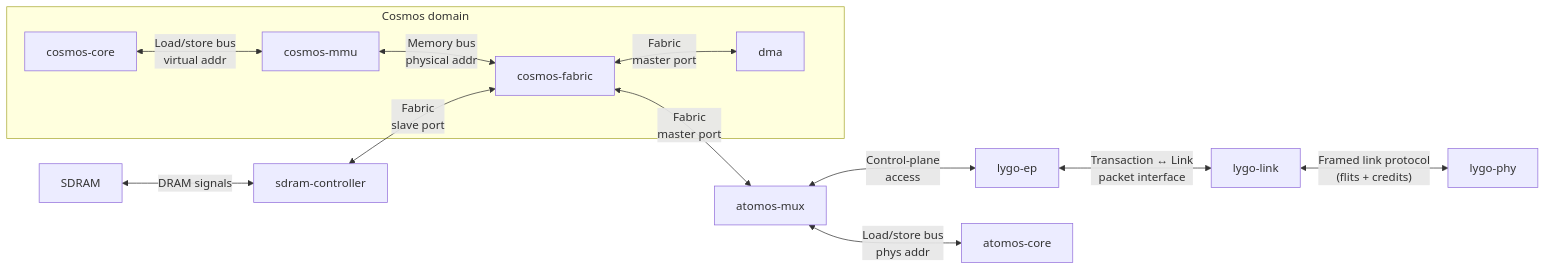
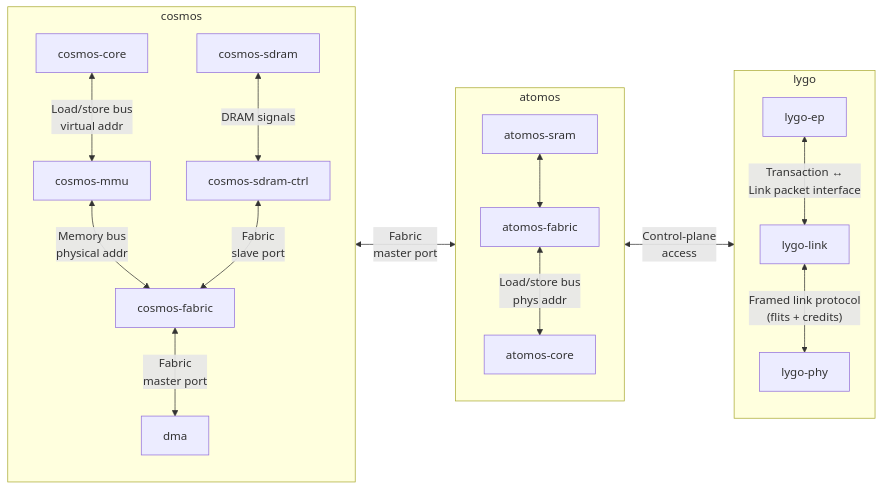
The diagram in modules/cosmos/cosmos.md (vanbako/henad), drawn with Mermaid before and after one commit.

Commit message:
cosmos mermaid

````diff
--- a/modules/cosmos/cosmos.md
+++ b/modules/cosmos/cosmos.md
@@ -22,19 +22,35 @@
 ```mermaid
 graph LR
-   subgraph COSMOS["Cosmos domain"]
-     COSMOS-CORE[cosmos-core]
-     COSMOS-MMU[cosmos-mmu]
-     COSMOS-FABRIC[cosmos-fabric]
-     DMA[dma]
+   COSMOS-CORE[cosmos-core]
+   COSMOS-MMU[cosmos-mmu]
+   COSMOS-FABRIC[cosmos-fabric]
+   COSMOS-SDRAM[cosmos-sdram]
+   COSMOS-SDRAM-CTRL[cosmos-sdram-ctrl]
+   DMA[dma]
+   ATOMOS-CORE[atomos-core]
+   ATOMOS-FABRIC[atomos-fabric]
+   ATOMOS-SRAM[atomos-sram]
+   LYGO-EP[lygo-ep]
+   LYGO-LINK[lygo-link]
+   LYGO-PHY[lygo-phy]
+   subgraph cosmos
+      direction TB
+      COSMOS-CORE <-->|"Load/store bus<br/>virtual addr"| COSMOS-MMU
+      COSMOS-MMU <-->|"Memory bus<br/>physical addr"| COSMOS-FABRIC
+      COSMOS-SDRAM <-->|"DRAM signals"| COSMOS-SDRAM-CTRL
+      COSMOS-SDRAM-CTRL <-->|"Fabric<br/>slave port"| COSMOS-FABRIC
+      COSMOS-FABRIC <-->|"Fabric<br/>master port"| DMA
    end
-   COSMOS-CORE[cosmos-core] <-->|"Load/store bus<br/>virtual addr"| COSMOS-MMU[cosmos-mmu]
-   COSMOS-MMU <-->|"Memory bus<br/>physical addr"| COSMOS-FABRIC[cosmos-fabric]
-   SDRAM[SDRAM] <-->|"DRAM signals"| SDRAM-CONTROLLER[sdram-controller]
-   SDRAM-CONTROLLER <-->|"Fabric<br/>slave port"| COSMOS-FABRIC
-   COSMOS-FABRIC <-->|"Fabric<br/>master port"| DMA[dma]
-   COSMOS-FABRIC <-->|"Fabric<br/>master port"| ATOMOS-MUX[atomos-mux]
-   ATOMOS-MUX <-->|"Control-plane<br/>access"| LYGO-EP[lygo-ep]
-   ATOMOS-MUX <-->|"Load/store bus<br/>phys addr"| ATOMOS-CORE[atomos-core]
-   LYGO-EP <-->|"Transaction ↔ Link<br/>packet interface"| LYGO-LINK[lygo-link]
-   LYGO-LINK <-->|"Framed link protocol<br/>(flits + credits)"| LYGO-PHY[lygo-phy]
+   COSMOS-FABRIC <-->|"Fabric<br/>master port"| ATOMOS-FABRIC
+   subgraph atomos
+      direction TB
+      ATOMOS-SRAM <--> ATOMOS-FABRIC
+      ATOMOS-FABRIC <-->|"Load/store bus<br/>phys addr"| ATOMOS-CORE
+   end
+   subgraph lygo
+      direction TB
+      ATOMOS-FABRIC <-->|"Control-plane<br/>access"| LYGO-EP
+      LYGO-EP <-->|"Transaction ↔<br/>Link packet interface"| LYGO-LINK
+      LYGO-LINK <-->|"Framed link protocol<br/>(flits + credits)"| LYGO-PHY
+   end
 ```
````
